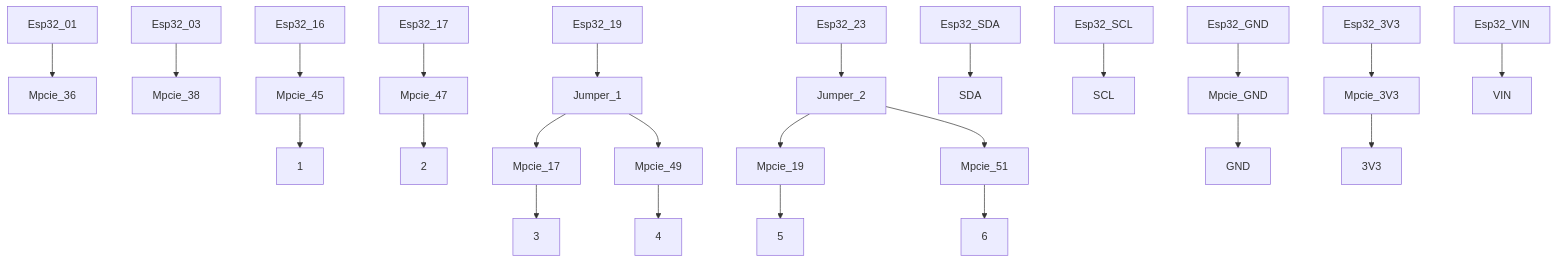
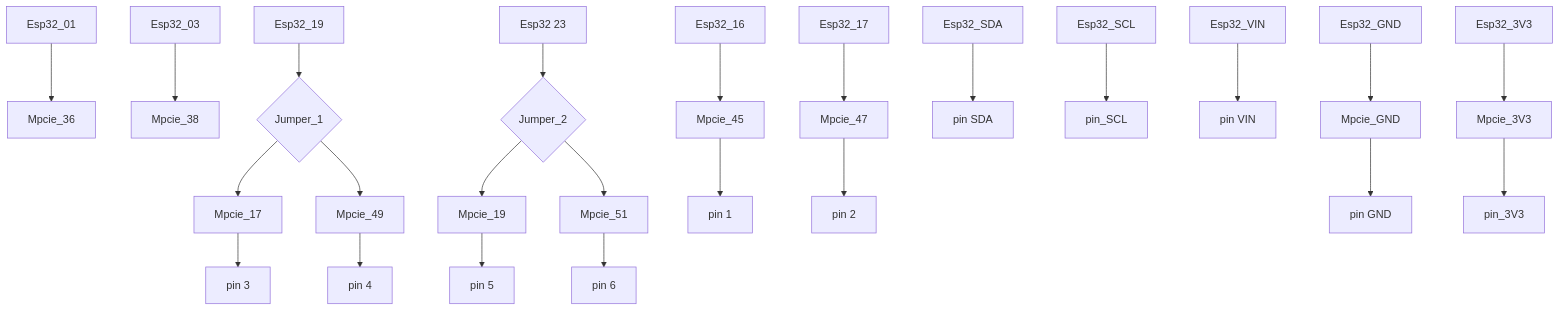
One commit to jancelin/RoverGNSS_RTK_BT_esp32_f9p changed the diagram in v6/draft.md. Above: the diagram before and after it, drawn with Mermaid. The commit also changed other lines of this file, not shown here.

````diff
--- a/v6/draft.md
+++ b/v6/draft.md
@@ -181,18 +181,26 @@
 ```mermaid
-graph TD;
-    Esp32_01-->Mpcie_36;
-    Esp32_03-->Mpcie_38;
-    Esp32_16-->Mpcie_45-->1;
-    Esp32_17-->Mpcie_47-->2;
-    Esp32_19-->Jumper_1;
-    Jumper_1-->Mpcie_17-->3;
-    Jumper_1-->Mpcie_49-->4;
-    Esp32_23-->Jumper_2
-    Jumper_2-->Mpcie_19-->5;
-    Jumper_2-->Mpcie_51-->6;
-    Esp32_SDA-->SDA;
-    Esp32_SCL-->SCL;
-    Esp32_GND-->Mpcie_GND-->GND;
-    Esp32_3V3-->Mpcie_3V3-->3V3;
-    Esp32_VIN-->VIN;
+flowchart TD
+    01[Esp32_01] --> 21[Mpcie_36]
+    02[Esp32_03] --> 22[Mpcie_38]
+    03[Esp32_16] --> 23[Mpcie_45]
+    23 --> 41[pin 1]
+    04[Esp32_17] --> 24[Mpcie_47]
+    24 --> 42[pin 2]
+    05[Esp32_19] --> 60{Jumper_1}
+    60 --> 25[Mpcie_17]
+    60 --> 26[Mpcie_49]
+    25 --> 43[pin 3]
+    26 --> 44[pin 4]
+    06[Esp32 23] --> 62{Jumper_2}
+    62 --> 27[Mpcie_19]
+    62 --> 28[Mpcie_51]
+    27 --> 45[pin 5]
+    28 --> 46[pin 6]
+    07[Esp32_SDA] --> 47[pin SDA]
+    08[Esp32_SCL] --> 48[pin_SCL]
+    09[Esp32_GND] --> 29[Mpcie_GND]
+    29 --> 49[pin GND]
+    9[Esp32_3V3] --> 30[Mpcie_3V3]
+    30 --> 50[pin_3V3]
+    10[Esp32_VIN] --> 51[pin VIN]
 ```
````
